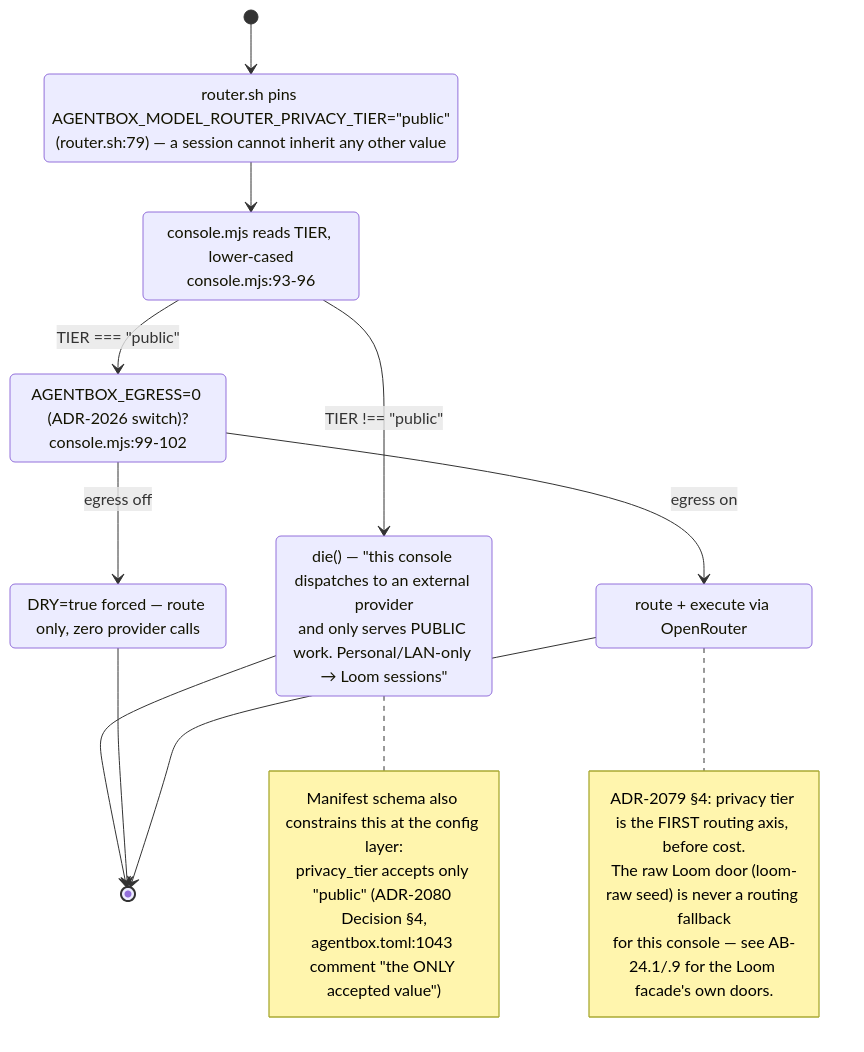
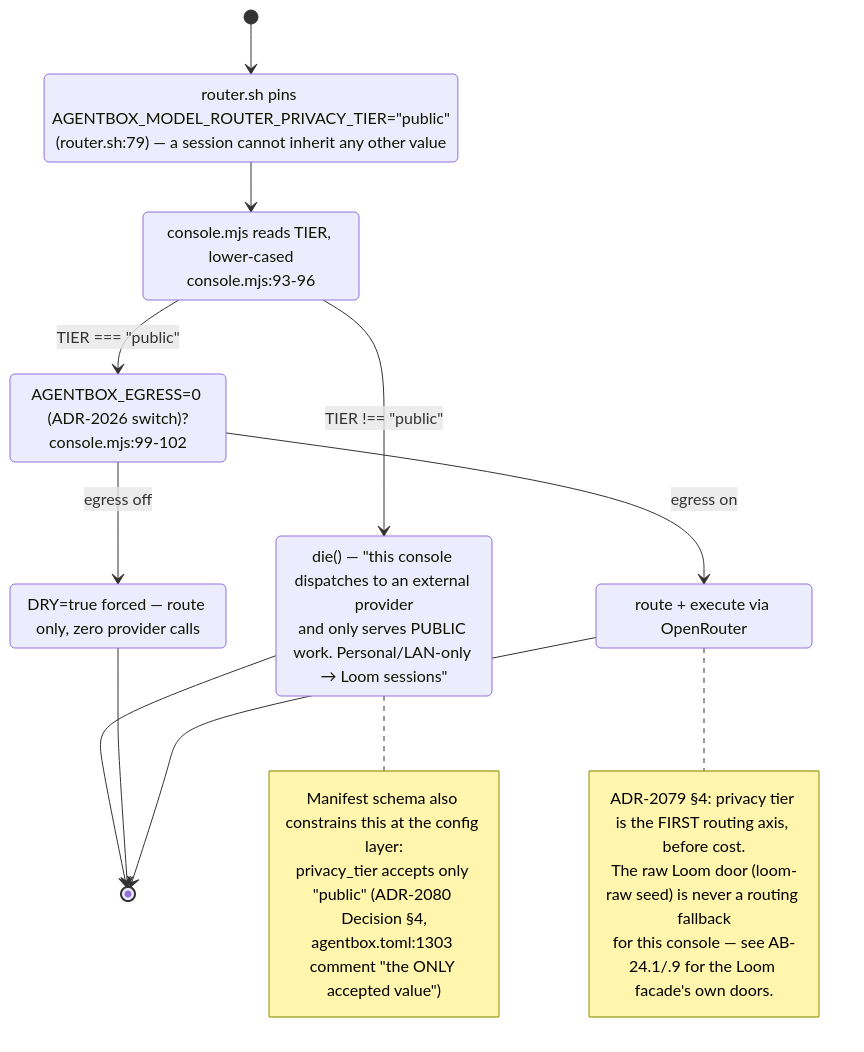
Before and after one commit to DreamLab-AI/VisionFlow: the sixth of 9 diagrams in docs/diagrams/agentbox/29-metaharness-router-console.md, drawn with Mermaid. The commit also changed other lines of this file and 28 other files, not shown here.

````diff
--- a/docs/diagrams/agentbox/29-metaharness-router-console.md
+++ b/docs/diagrams/agentbox/29-metaharness-router-console.md
@@ -204,28 +205,28 @@
 ```mermaid
 stateDiagram-v2
     [*] --> WrapperCheck
     WrapperCheck: router.sh pins AGENTBOX_MODEL_ROUTER_PRIVACY_TIER="public"<br/>(router.sh:79) — a session cannot inherit any other value
     WrapperCheck --> ConsoleCheck
     ConsoleCheck: console.mjs reads TIER, lower-cased<br/>console.mjs:93-96
     ConsoleCheck --> Refused: TIER !== "public"
     ConsoleCheck --> EgressCheck: TIER === "public"
     Refused: die() — "this console dispatches to an external provider<br/>and only serves PUBLIC work. Personal/LAN-only → Loom sessions"
     Refused --> [*]
     EgressCheck: AGENTBOX_EGRESS=0 (ADR-2026 switch)?<br/>console.mjs:99-102
     EgressCheck --> DryRunForced: egress off
     EgressCheck --> NormalRun: egress on
     DryRunForced: DRY=true forced — route only, zero provider calls
     NormalRun: route + execute via OpenRouter
     DryRunForced --> [*]
     NormalRun --> [*]
     note right of Refused
         Manifest schema also constrains this at the config layer:
         privacy_tier accepts only "public" (ADR-2080 Decision §4,
-        agentbox.toml:1043 comment "the ONLY accepted value")
+        agentbox.toml:1303 comment "the ONLY accepted value")
     end note
     note right of NormalRun
         ADR-2079 §4: privacy tier is the FIRST routing axis, before cost.
         The raw Loom door (loom-raw seed) is never a routing fallback
         for this console — see AB-24.1/.9 for the Loom facade's own doors.
     end note
 ```
````
